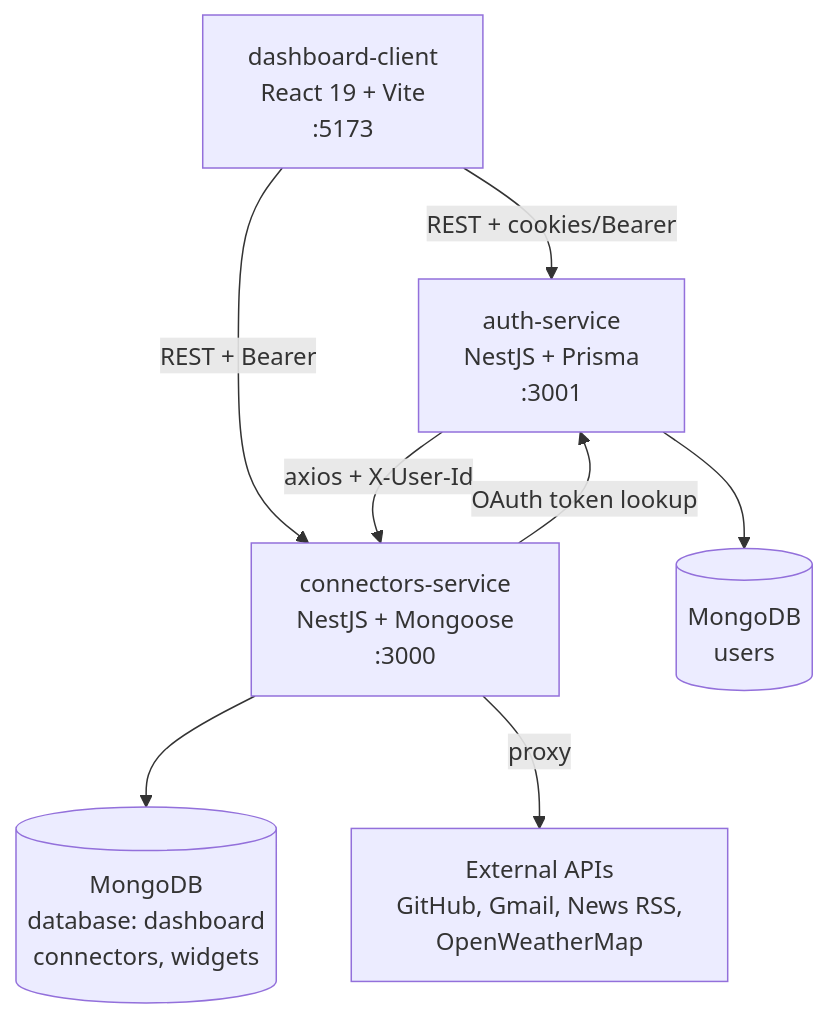
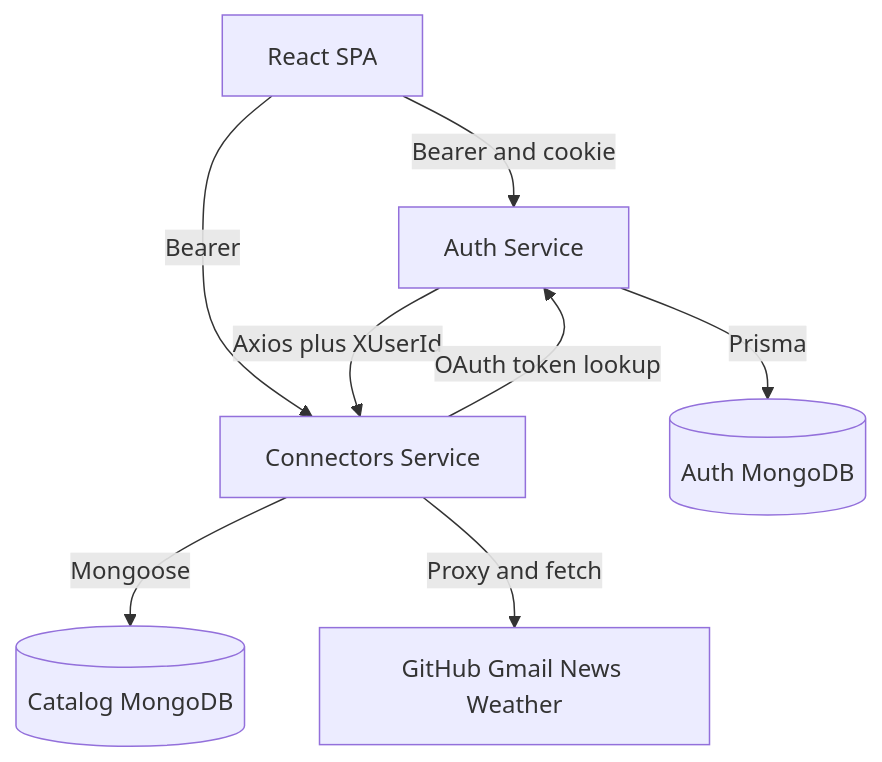
One commit to king-kakatsi/dashboard changed the first of 3 diagrams in docs/ARCHITECTURE.md. Above: the diagram before and after it, drawn with Mermaid. The commit also changed other lines of this file and 43 other files, not shown here.

````diff
--- a/docs/ARCHITECTURE.md
+++ b/docs/ARCHITECTURE.md
@@ -7,10 +17,10 @@
 ```mermaid
 flowchart TD
-  Client[dashboard-client<br/>React 19 + Vite<br/>:5173] -->|REST + cookies/Bearer| Auth[auth-service<br/>NestJS + Prisma<br/>:3001]
-  Client -->|REST + Bearer| Conn[connectors-service<br/>NestJS + Mongoose<br/>:3000]
-  Auth -->|axios + X-User-Id| Conn
-  Conn -->|OAuth token lookup| Auth
-  Auth --> AuthDB[(MongoDB<br/>users)]
-  Conn --> ConnDB[(MongoDB<br/>database: dashboard<br/>connectors, widgets)]
-  Conn -->|proxy| Ext[External APIs<br/>GitHub, Gmail, News RSS,<br/>OpenWeatherMap]
+    Browser[React SPA] -->|Bearer and cookie| AuthApi[Auth Service]
+    Browser -->|Bearer| CatalogApi[Connectors Service]
+    AuthApi -->|Axios plus XUserId| CatalogApi
+    CatalogApi -->|OAuth token lookup| AuthApi
+    AuthApi -->|Prisma| AuthDb[(Auth MongoDB)]
+    CatalogApi -->|Mongoose| CatalogDb[(Catalog MongoDB)]
+    CatalogApi -->|Proxy and fetch| ThirdParty[GitHub Gmail News Weather]
 ```
````
